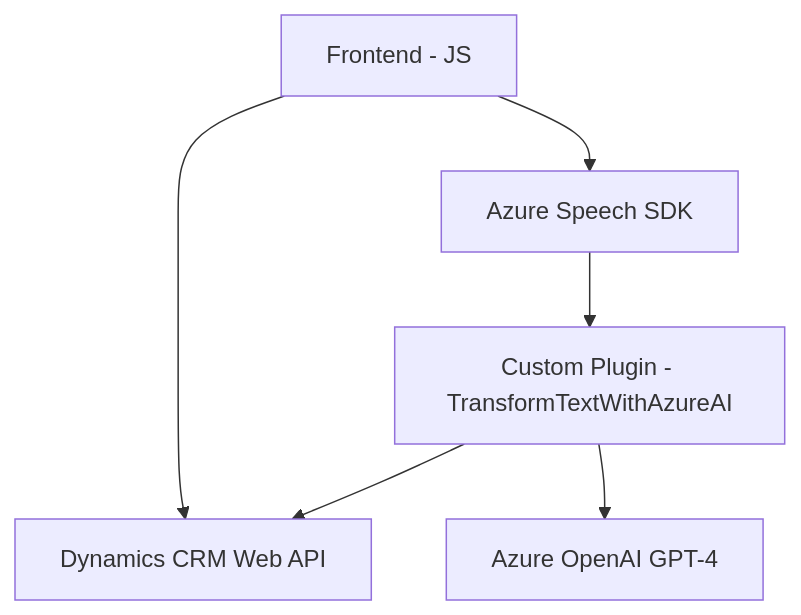
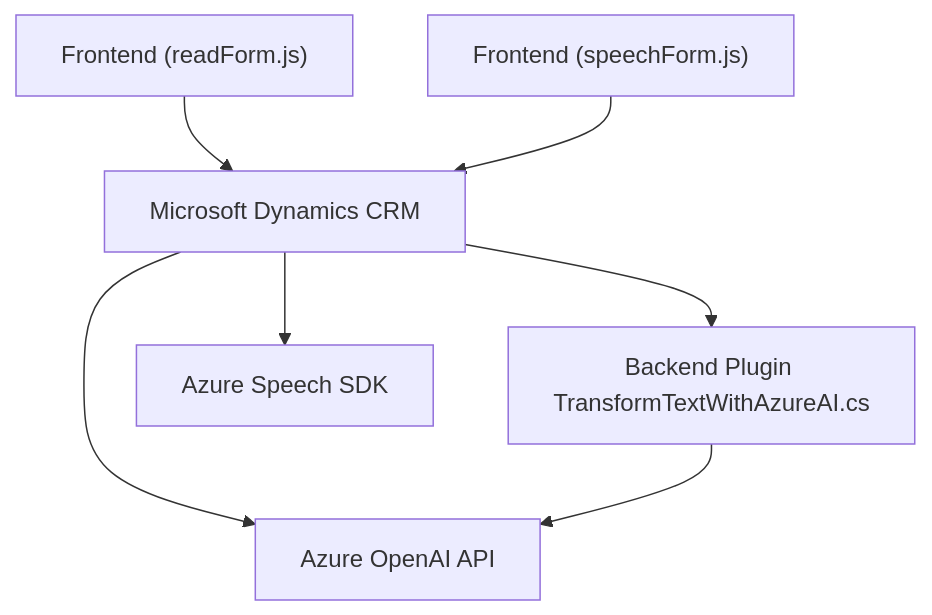
The diagram in README.md (blopezdm/NETCORE_BILBAO2025), drawn with Mermaid before and after one commit. The commit also changed other lines of this file, not shown here.

````diff
--- a/README.md
+++ b/README.md
@@ -45,14 +29,16 @@
 ```mermaid
 graph TD
-    A["Frontend - JS"]
-    B["Azure Speech SDK"]
-    C["Dynamics CRM Web API"]
-    D["Custom Plugin - TransformTextWithAzureAI"]
-    E["Azure OpenAI GPT-4"]
+    A["Frontend (readForm.js)"]
+    B["Frontend (speechForm.js)"]
+    C["Backend Plugin TransformTextWithAzureAI.cs"]
+    D["Azure Speech SDK"]
+    E["Azure OpenAI API"]
+    F["Microsoft Dynamics CRM"]
     
-    A --> B
-    A --> C
-    B --> D
-    D --> C
-    D --> E
+    A --> F
+    B --> F
+    F --> D
+    F --> E
+    F --> C
+    C --> E
 ```
````
